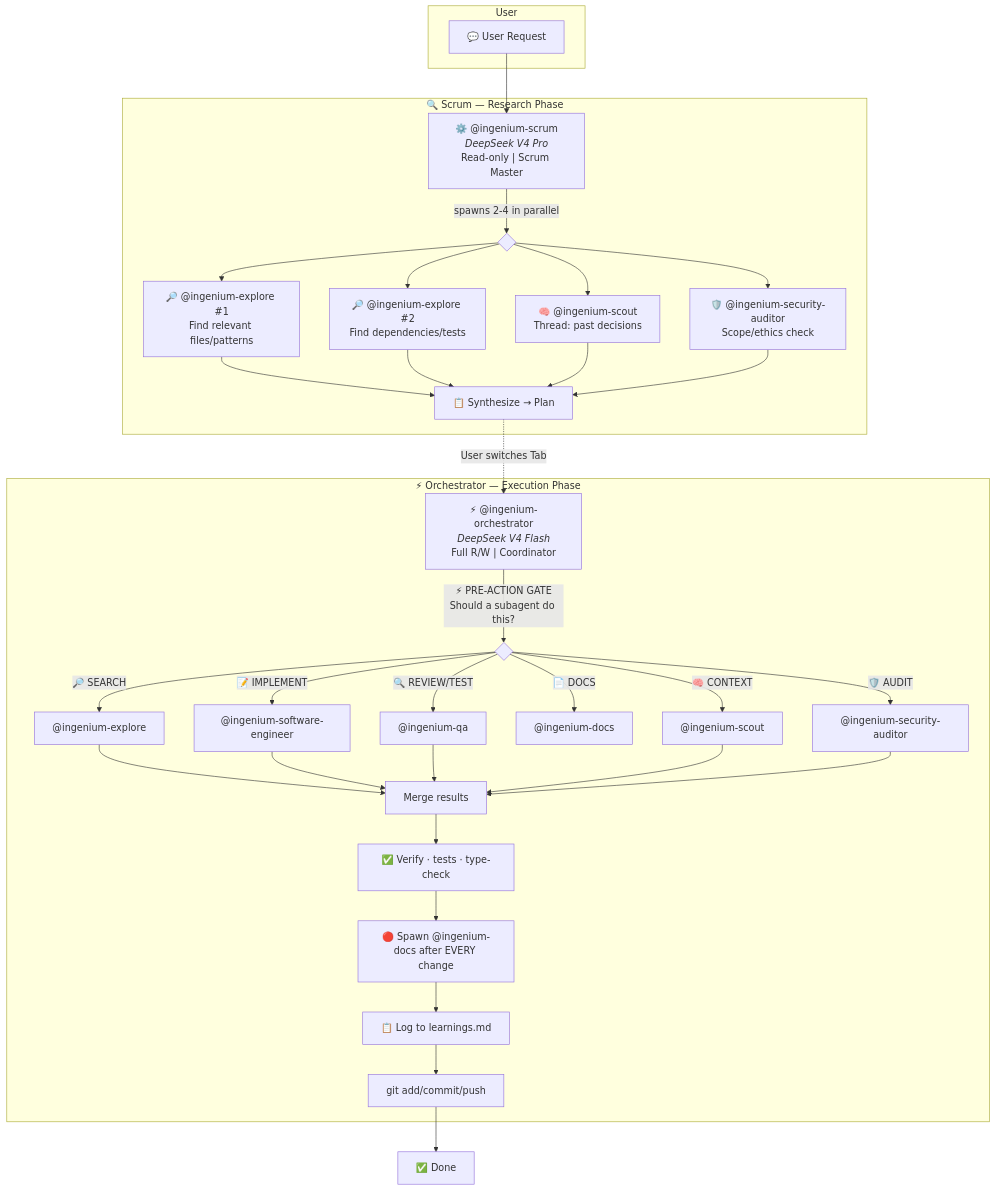
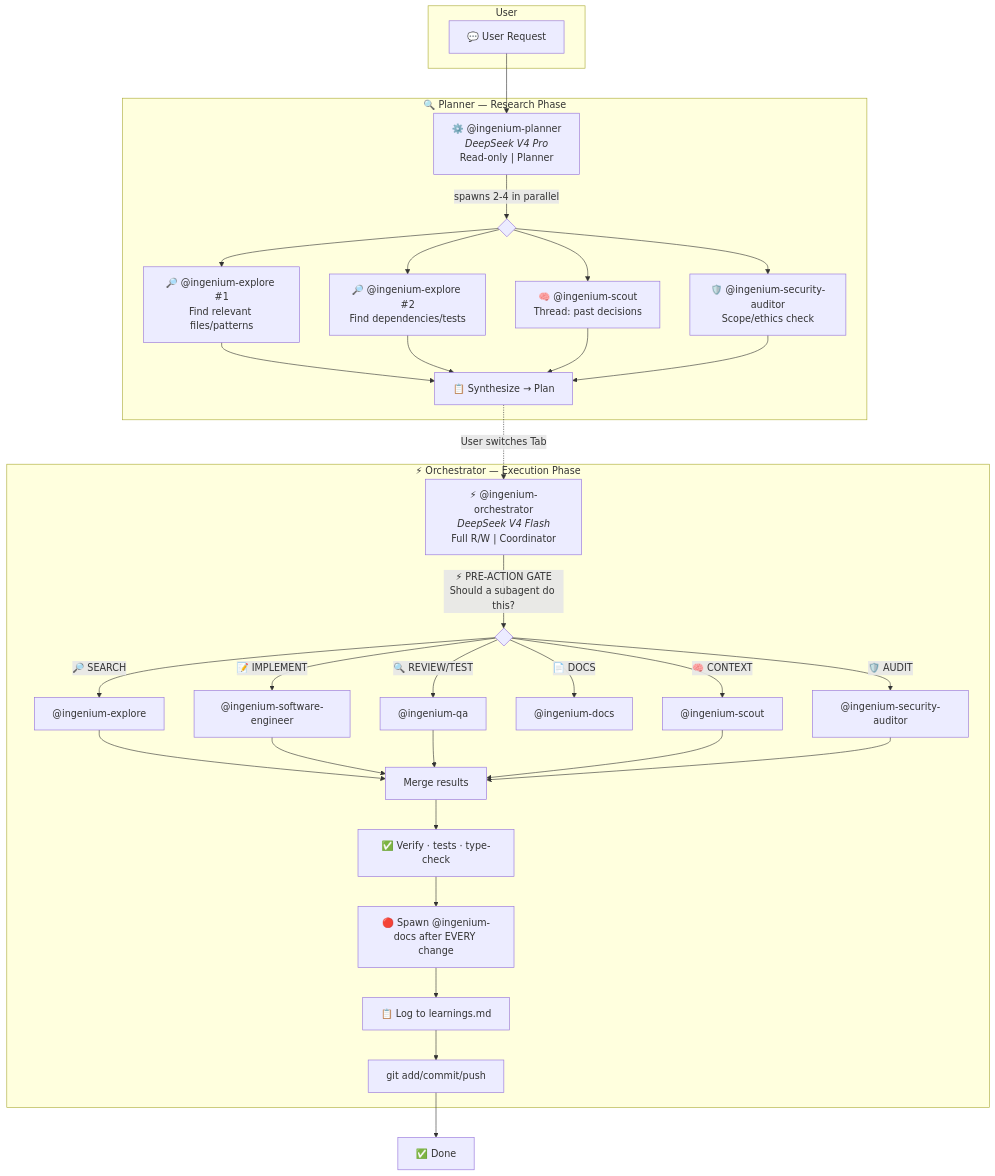
One commit to jtmb/ingenium changed the first of 4 diagrams in docs/agents.md. Above: the diagram before and after it, drawn with Mermaid. The commit also changed other lines of this file and 6 other files, not shown here.

First line of the commit message:
refactor(agent): rename ingenium-scrum to ingenium-planner

````diff
--- a/docs/agents.md
+++ b/docs/agents.md
@@ -7,45 +7,45 @@
 ```mermaid
 flowchart TB
     subgraph User
         REQ["💬 User Request"]
     end
 
-    REQ --> P["⚙️ @ingenium-scrum<br/><i>DeepSeek V4 Pro</i><br/>Read-only | Scrum Master"]
+    REQ --> P["⚙️ @ingenium-planner<br/><i>DeepSeek V4 Pro</i><br/>Read-only | Planner"]
 
-    subgraph Scrum["🔍 Scrum — Research Phase"]
+    subgraph Planner["🔍 Planner — Research Phase"]
         P -->|"spawns 2-4 in parallel"| PARALLEL{ }
         PARALLEL --> EXP1["🔎 @ingenium-explore #1<br/>Find relevant files/patterns"]
         PARALLEL --> EXP2["🔎 @ingenium-explore #2<br/>Find dependencies/tests"]
         PARALLEL --> SCT["🧠 @ingenium-scout<br/>Thread: past decisions"]
         PARALLEL --> SA["🛡️ @ingenium-security-auditor<br/>Scope/ethics check"]
         EXP1 --> SYNTH["📋 Synthesize → Plan"]
         EXP2 --> SYNTH
         SCT --> SYNTH
         SA --> SYNTH
     end
 
     SYNTH -.->|"User switches Tab"| O
 
     O["⚡ @ingenium-orchestrator<br/><i>DeepSeek V4 Flash</i><br/>Full R/W | Coordinator"]
 
     subgraph Orchestrator["⚡ Orchestrator — Execution Phase"]
         O -->|"⚡ PRE-ACTION GATE<br/>Should a subagent do this?"| GATE{ }
         GATE -->|"🔎 SEARCH"| EXP["@ingenium-explore"]
         GATE -->|"📝 IMPLEMENT"| SE["@ingenium-software-engineer"]
         GATE -->|"🔍 REVIEW/TEST"| QA["@ingenium-qa"]
         GATE -->|"📄 DOCS"| DOCS["@ingenium-docs"]
         GATE -->|"🛡️ AUDIT"| AUDITOR["@ingenium-security-auditor"]
         GATE -->|"🧠 CONTEXT"| SCOUT["@ingenium-scout"]
         EXP --> MERGE["Merge results"]
         SE --> MERGE
         QA --> MERGE
         SCOUT --> MERGE
         AUDITOR --> MERGE
         MERGE --> VERIFY["✅ Verify · tests · type-check"]
         VERIFY --> DOC["🔴 Spawn @ingenium-docs after EVERY change"]
         DOC --> LEARN["📋 Log to learnings.md"]
         LEARN --> COMMIT["git add/commit/push"]
     end
 
     COMMIT --> DONE["✅ Done"]
 ```
````
